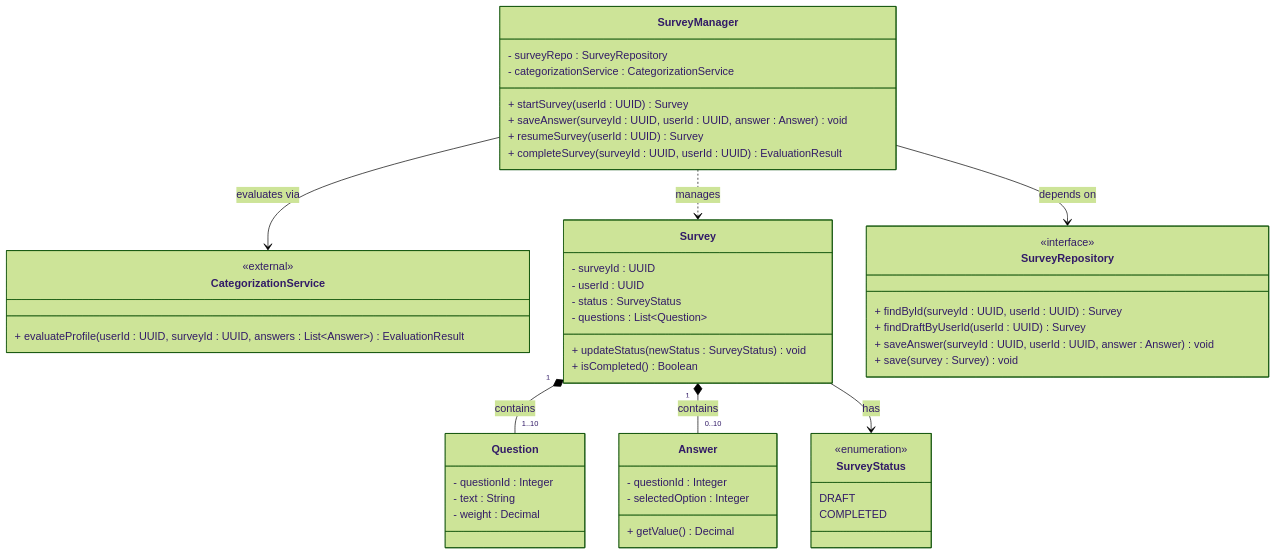
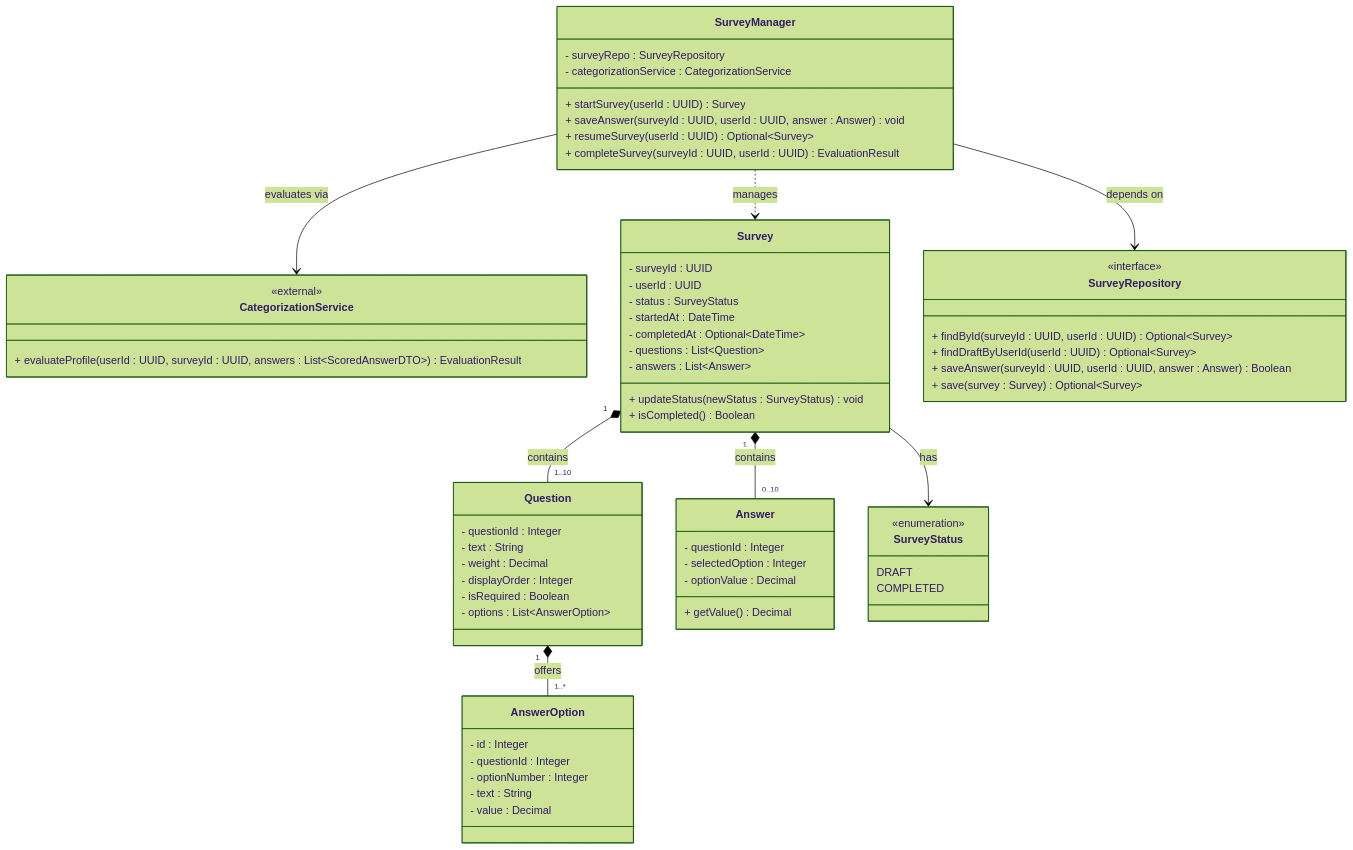
The third of 3 diagrams in docs/design/01_Architectural_and_Detailed_Design.md (juacortesva/Grupo-5-Finanzas-Ingesoft_I_UN_2026-II), drawn with Mermaid (forest theme) before and after one commit. The commit also changed other lines of this file and 14 other files, not shown here.

Commit message:
docs(phase-0): approve contracts CT-01..CT-12, add question_option, provisional auth and error schema

````diff
--- a/docs/design/01_Architectural_and_Detailed_Design.md
+++ b/docs/design/01_Architectural_and_Detailed_Design.md
@@ -159,58 +187,74 @@
 ```mermaid
 classDiagram
     class SurveyManager {
         - surveyRepo : SurveyRepository
         - categorizationService : CategorizationService
         + startSurvey(userId : UUID) Survey
         + saveAnswer(surveyId : UUID, userId : UUID, answer : Answer) void
-        + resumeSurvey(userId : UUID) Survey
+        + resumeSurvey(userId : UUID) Optional~Survey~
         + completeSurvey(surveyId : UUID, userId : UUID) EvaluationResult
     }
   
     class CategorizationService {
         <<external>>
-        + evaluateProfile(userId : UUID, surveyId : UUID, answers : List~Answer~) EvaluationResult
+        + evaluateProfile(userId : UUID, surveyId : UUID, answers : List~ScoredAnswerDTO~) EvaluationResult
     }
 
     class Survey {
         - surveyId : UUID
         - userId : UUID
         - status : SurveyStatus
+        - startedAt : DateTime
+        - completedAt : Optional~DateTime~
         - questions : List~Question~
+        - answers : List~Answer~
         + updateStatus(newStatus : SurveyStatus) void
         + isCompleted() Boolean
     }
   
     class Question {
         - questionId : Integer
         - text : String
         - weight : Decimal
+        - displayOrder : Integer
+        - isRequired : Boolean
+        - options : List~AnswerOption~
+    }
+
+    class AnswerOption {
+        - id : Integer
+        - questionId : Integer
+        - optionNumber : Integer
+        - text : String
+        - value : Decimal
     }
   
     class Answer {
         - questionId : Integer
         - selectedOption : Integer
+        - optionValue : Decimal
         + getValue() Decimal
     }
   
     class SurveyStatus {
         <<enumeration>>
         DRAFT
         COMPLETED
     }
   
     class SurveyRepository {
         <<interface>>
-        + findById(surveyId : UUID, userId : UUID) Survey
-        + findDraftByUserId(userId : UUID) Survey
-        + saveAnswer(surveyId : UUID, userId : UUID, answer : Answer) void
-        + save(survey : Survey) void
+        + findById(surveyId : UUID, userId : UUID) Optional~Survey~
+        + findDraftByUserId(userId : UUID) Optional~Survey~
+        + saveAnswer(surveyId : UUID, userId : UUID, answer : Answer) Boolean
+        + save(survey : Survey) Optional~Survey~
     }
 
     SurveyManager --> SurveyRepository : depends on
     SurveyManager --> CategorizationService : evaluates via
     SurveyManager ..> Survey : manages
     Survey "1" *-- "1..10" Question : contains
     Survey "1" *-- "0..10" Answer : contains
+    Question "1" *-- "1..*" AnswerOption : offers
     Survey --> SurveyStatus : has
 ```
````
